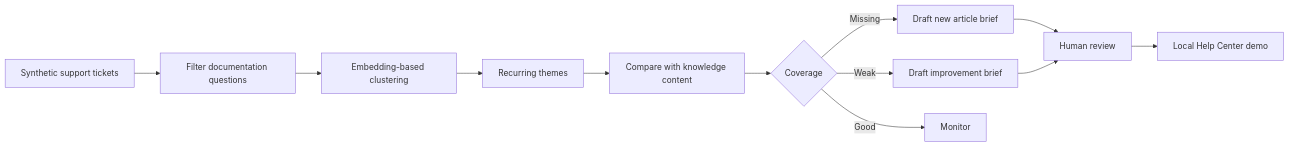
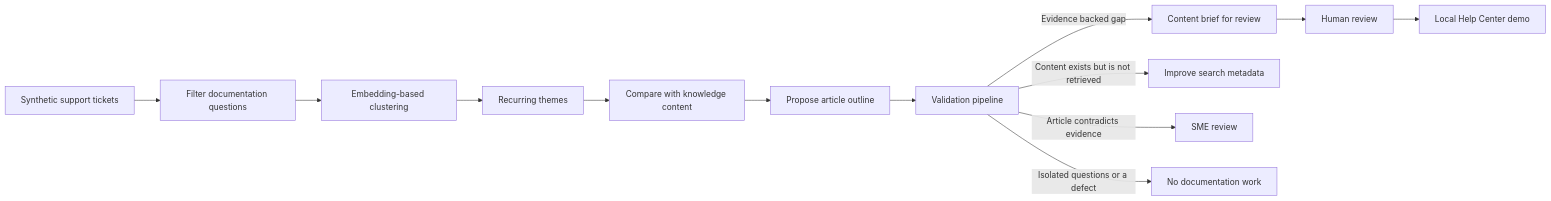
One commit to Yufereva/ai-knowledge-gap-agent changed the diagram in README.md. Above: the diagram before and after it, drawn with Mermaid. The commit also changed other lines of this file and 16 other files, not shown here.

First line of the commit message:
feat: validate outlines before content owner review

````diff
--- a/README.md
+++ b/README.md
@@ -43,14 +43,15 @@
 ```mermaid
 flowchart LR
     A[Synthetic support tickets] --> B[Filter documentation questions]
     B --> C[Embedding-based clustering]
     C --> D[Recurring themes]
     D --> E[Compare with knowledge content]
-    E --> F{Coverage}
-    F -->|Missing| G[Draft new article brief]
-    F -->|Weak| H[Draft improvement brief]
-    F -->|Good| I[Monitor]
-    G --> J[Human review]
-    H --> J
-    J --> K[Local Help Center demo]
+    E --> F[Propose article outline]
+    F --> G[Validation pipeline]
+    G -->|Evidence backed gap| H[Content brief for review]
+    G -->|Content exists but is not retrieved| I[Improve search metadata]
+    G -->|Article contradicts evidence| J[SME review]
+    G -->|Isolated questions or a defect| K[No documentation work]
+    H --> L[Human review]
+    L --> M[Local Help Center demo]
 ```
````
